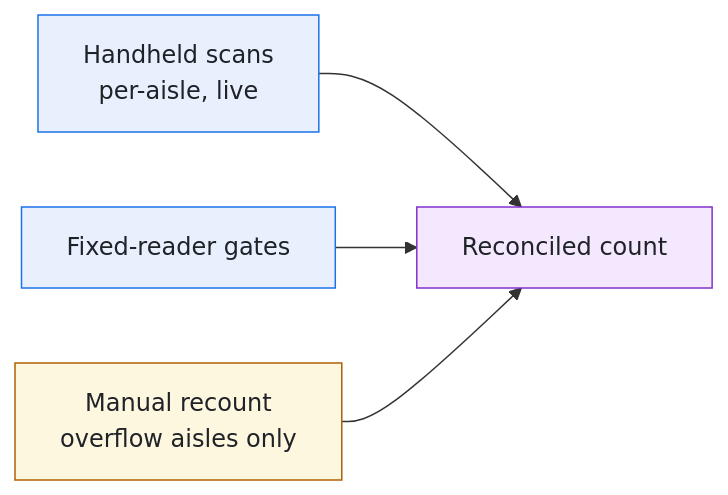
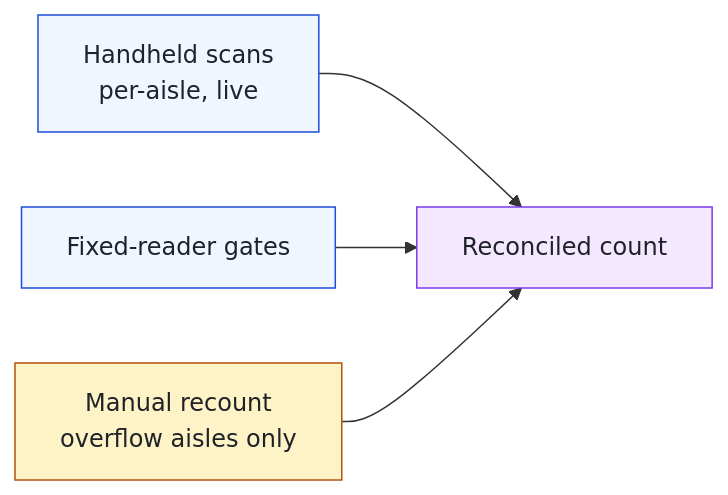
The fourth of 4 diagrams in tests/golden/example.markdown/page.md (alex-yanchenko/skaldr), drawn with Mermaid before and after one commit. The commit also changed other lines of this file and 14 other files, not shown here.

First line of the commit message:
fix(export): colour diagram nodes from the page stylesheet and state when an archive rechecks edits (#240)

````diff
--- a/tests/golden/example.markdown/page.md
+++ b/tests/golden/example.markdown/page.md
@@ -411,13 +411,13 @@
 ```mermaid
 flowchart LR
     hub["Reconciled count"]:::accent
     s1["Handheld scans<br>per-aisle, live"]:::info
     s2["Fixed-reader gates"]:::info
     s3["Manual recount<br>overflow aisles only"]:::warning
     s1 --> hub
     s2 --> hub
     s3 --> hub
-    classDef accent fill:#f3e8fd,stroke:#8430ce,color:#1f2328
-    classDef info fill:#e8f0fe,stroke:#1a73e8,color:#1f2328
-    classDef warning fill:#fef7e0,stroke:#b06000,color:#1f2328
+    classDef accent fill:#f3e8ff,stroke:#7c3aed,color:#1f2328
+    classDef info fill:#eff6ff,stroke:#1d4ed8,color:#1f2328
+    classDef warning fill:#fef3c7,stroke:#b45309,color:#1f2328
 ```
````
